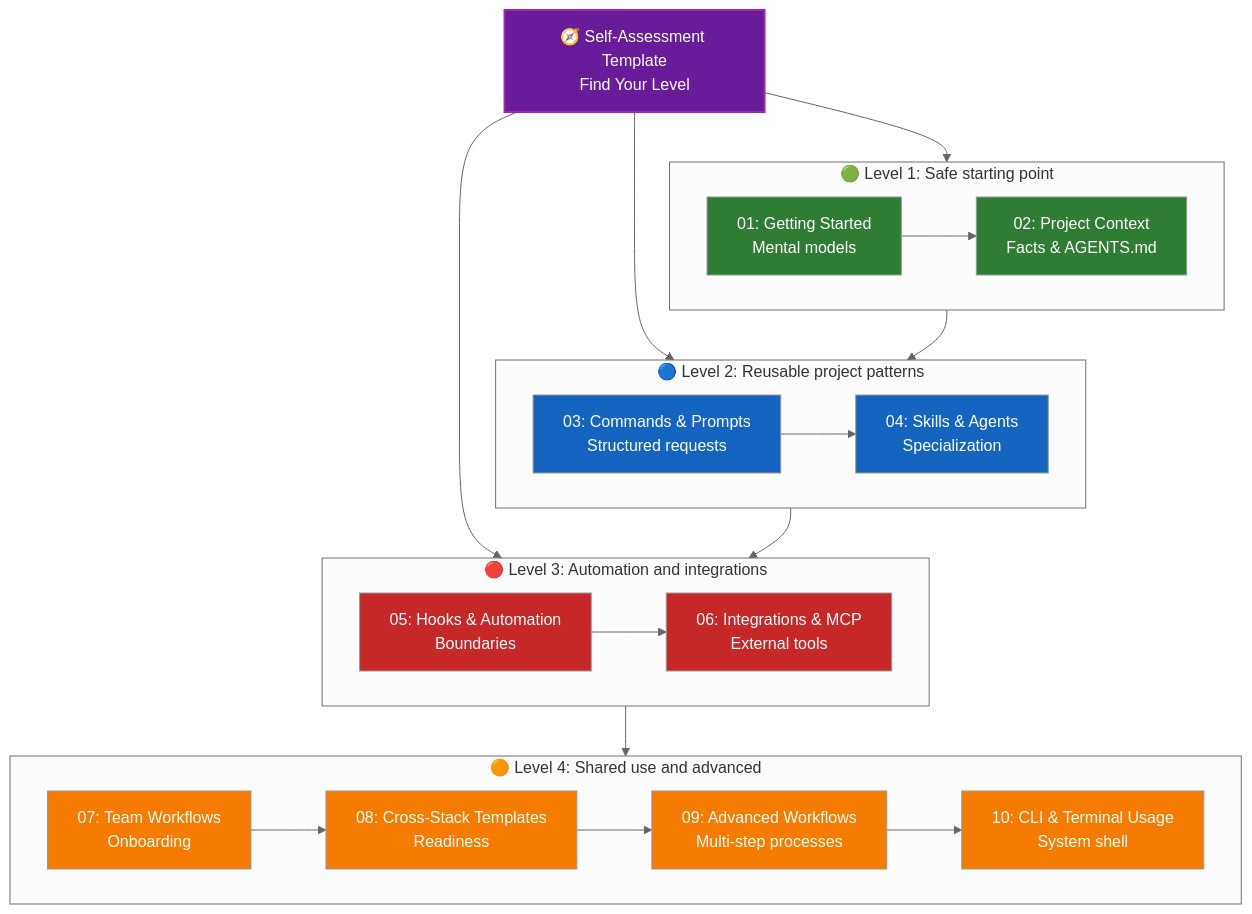
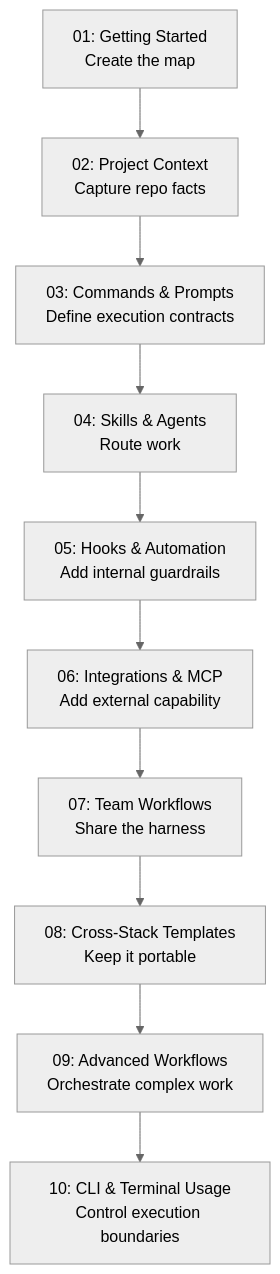
One commit to VanGoghBuilder/opencode-harness-guide changed the diagram in LEARNING-ROADMAP.md. Above: the diagram before and after it, drawn with Mermaid (neutral theme). The commit also changed other lines of this file and 37 other files, not shown here.

````diff
--- a/LEARNING-ROADMAP.md
+++ b/LEARNING-ROADMAP.md
@@ -45,44 +41,12 @@
 ```mermaid
 graph TD
-    Q["🧭 Self-Assessment Template<br/>Find Your Level"] --> L1
-    Q --> L2
-    Q --> L3
-
-    subgraph L1["🟢 Level 1: Safe starting point"]
-        direction LR
-        A["01: Getting Started<br/>Mental models"] --> B["02: Project Context<br/>Facts & AGENTS.md"]
-    end
-
-    subgraph L2["🔵 Level 2: Reusable project patterns"]
-        direction LR
-        C["03: Commands & Prompts<br/>Structured requests"] --> D["04: Skills & Agents<br/>Specialization"]
-    end
-
-    subgraph L3["🔴 Level 3: Automation and integrations"]
-        direction LR
-        E["05: Hooks & Automation<br/>Boundaries"] --> F["06: Integrations & MCP<br/>External tools"]
-    end
-
-    subgraph L4["🟠 Level 4: Shared use and advanced"]
-        direction LR
-        G["07: Team Workflows<br/>Onboarding"] --> H["08: Cross-Stack Templates<br/>Readiness"]
-        H --> I["09: Advanced Workflows<br/>Multi-step processes"]
-        I --> J["10: CLI & Terminal Usage<br/>System shell"]
-    end
-
-    L1 --> L2
-    L2 --> L3
-    L3 --> L4
-
-    style Q fill:#6A1B9A,color:#fff,stroke:#9C27B0,stroke-width:2px
-    style A fill:#2E7D32,color:#fff
-    style B fill:#2E7D32,color:#fff
-    style C fill:#1565C0,color:#fff
-    style D fill:#1565C0,color:#fff
-    style E fill:#C62828,color:#fff
-    style F fill:#C62828,color:#fff
-    style G fill:#F57C00,color:#fff
-    style H fill:#F57C00,color:#fff
-    style I fill:#F57C00,color:#fff
-    style J fill:#F57C00,color:#fff
+    A["01: Getting Started<br/>Create the map"] --> B["02: Project Context<br/>Capture repo facts"]
+    B --> C["03: Commands & Prompts<br/>Define execution contracts"]
+    C --> D["04: Skills & Agents<br/>Route work"]
+    D --> E["05: Hooks & Automation<br/>Add internal guardrails"]
+    E --> F["06: Integrations & MCP<br/>Add external capability"]
+    F --> G["07: Team Workflows<br/>Share the harness"]
+    G --> H["08: Cross-Stack Templates<br/>Keep it portable"]
+    H --> I["09: Advanced Workflows<br/>Orchestrate complex work"]
+    I --> J["10: CLI & Terminal Usage<br/>Control execution boundaries"]
 ```
````
